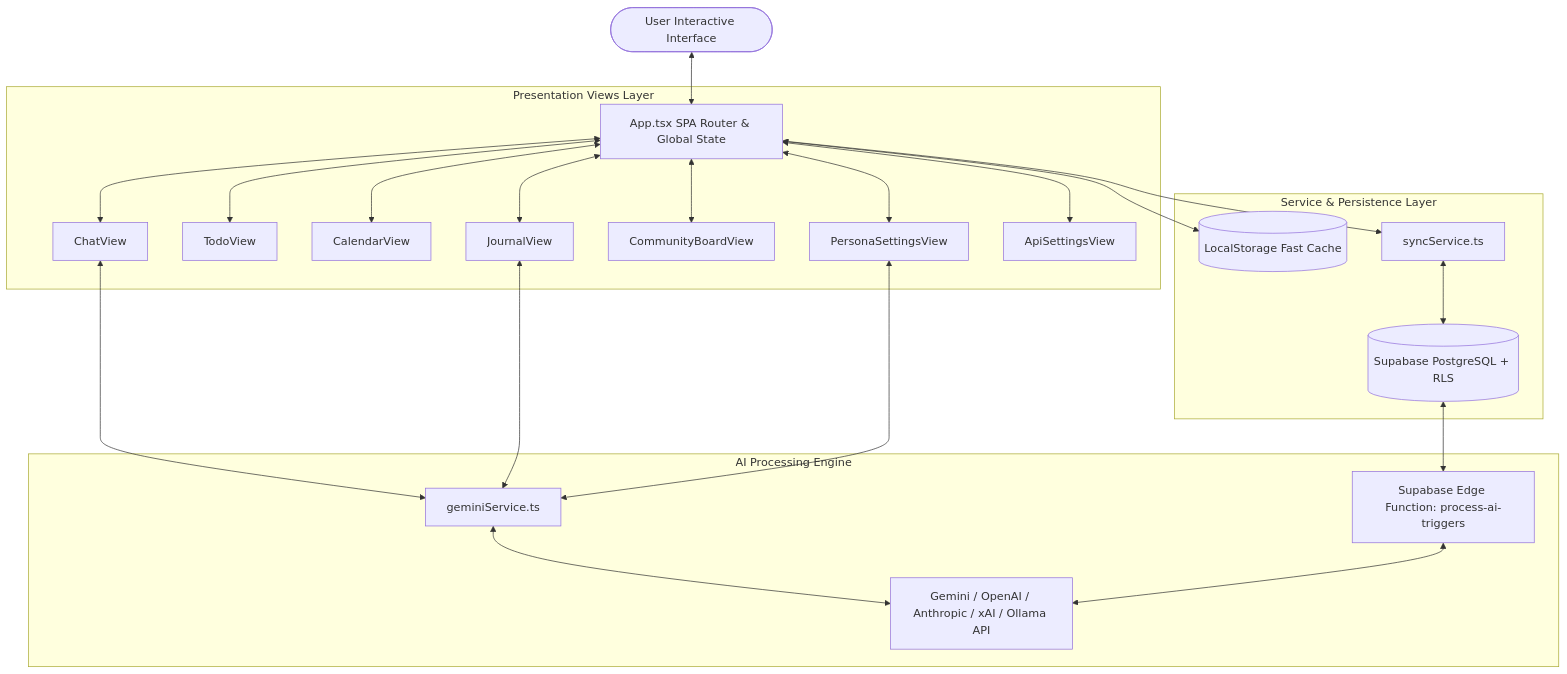
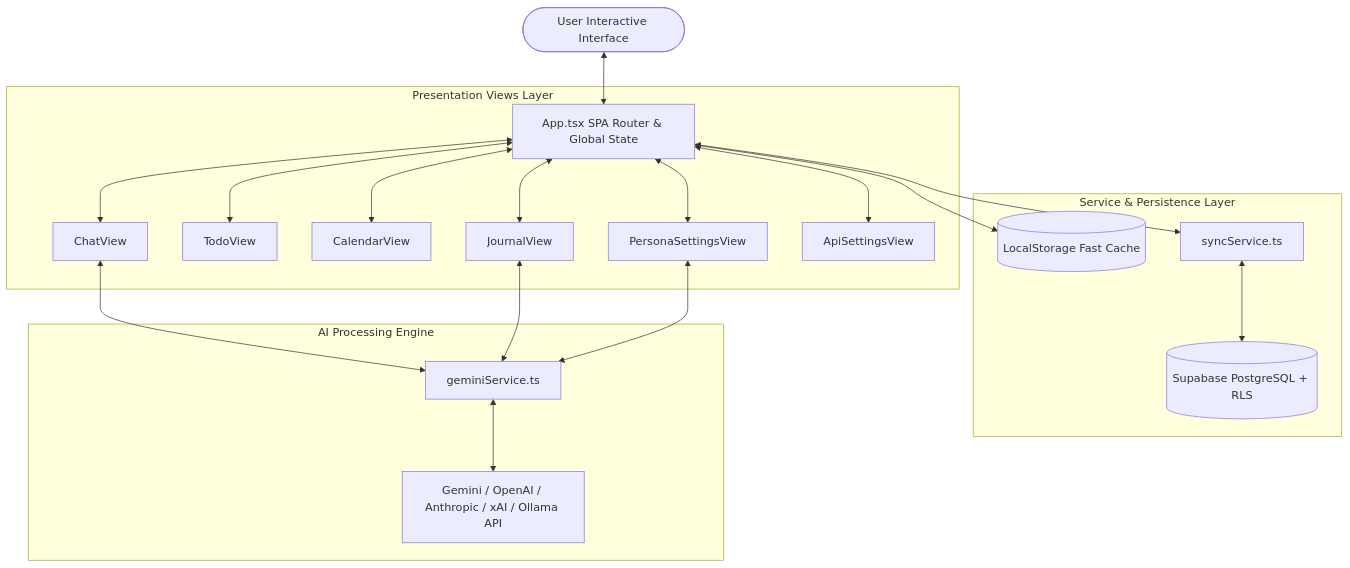
Before and after one commit to deep-choi/dayflow: the diagram in llm_wiki/ARCHITECTURE.md, drawn with Mermaid. The commit also changed other lines of this file and 31 other files, not shown here.

````diff
--- a/llm_wiki/ARCHITECTURE.md
+++ b/llm_wiki/ARCHITECTURE.md
@@ -13,30 +13,27 @@
 ```mermaid
 flowchart TD
     User([User Interactive Interface]) <--> App[App.tsx SPA Router & Global State]
 
     subgraph Presentation Views Layer
         App <--> JView[JournalView]
         App <--> TView[TodoView]
         App <--> CView[CalendarView]
         App <--> ChatView[ChatView]
-        App <--> BView[CommunityBoardView]
         App <--> PView[PersonaSettingsView]
         App <--> AView[ApiSettingsView]
     end
 
     subgraph Service & Persistence Layer
         App <--> LocalStore[(LocalStorage Fast Cache)]
         App <--> SyncEngine[syncService.ts]
         SyncEngine <--> SupabaseCloud[(Supabase PostgreSQL + RLS)]
     end
 
     subgraph AI Processing Engine
         ChatView <--> GeminiSvc[geminiService.ts]
         JView <--> GeminiSvc
         PView <--> GeminiSvc
         GeminiSvc <--> MultiLLM[Gemini / OpenAI / Anthropic / xAI / Ollama API]
         
-        SupabaseCloud <--> EdgeFunc[Supabase Edge Function: process-ai-triggers]
-        EdgeFunc <--> MultiLLM
     end
 ```
````
